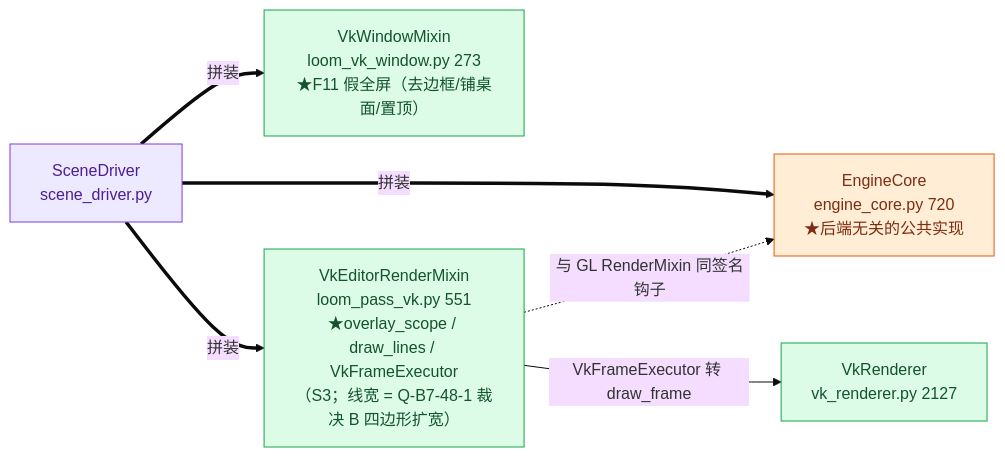
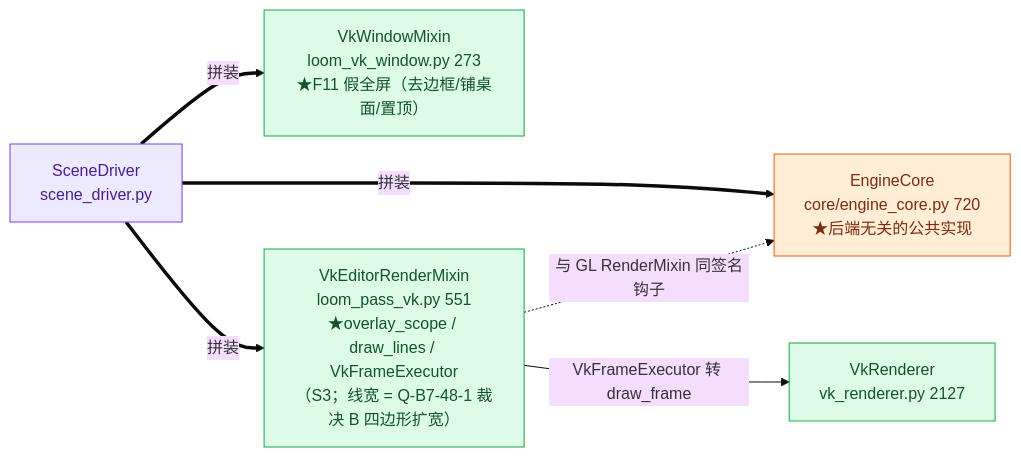
The third of 23 diagrams in ARCHITECTURE.md (lhy302/WeaveEngine), drawn with Mermaid (base theme) before and after one commit. The commit also changed other lines of this file and 143 other files, not shown here.

````diff
--- a/ARCHITECTURE.md
+++ b/ARCHITECTURE.md
@@ -188,12 +188,12 @@
 ```mermaid
 flowchart LR
   S["SceneDriver<br/>scene_driver.py"]:::facade
-  S ==>|拼装| K["EngineCore<br/>engine_core.py 720<br/>★后端无关的公共实现"]:::contract
+  S ==>|拼装| K["EngineCore<br/>core/engine_core.py 720<br/>★后端无关的公共实现"]:::contract
   S ==>|拼装| W["VkWindowMixin<br/>loom_vk_window.py 273<br/>★F11 假全屏（去边框/铺桌面/置顶）"]:::impl
   S ==>|拼装| V["VkEditorRenderMixin<br/>loom_pass_vk.py 551<br/>★overlay_scope / draw_lines / VkFrameExecutor<br/>（S3；线宽 = Q-B7-48-1 裁决 B 四边形扩宽）"]:::impl
   V -->|VkFrameExecutor 转 draw_frame| R["VkRenderer<br/>vk_renderer.py 2127"]:::impl
   V -.->|与 GL RenderMixin 同签名钩子| K
   classDef facade fill:#ede9fe,stroke:#7c3aed,color:#4c1d95
   classDef impl fill:#dcfce7,stroke:#16a34a,color:#14532d
   classDef contract fill:#ffedd5,stroke:#ea580c,color:#7c2d12
 ```
````
